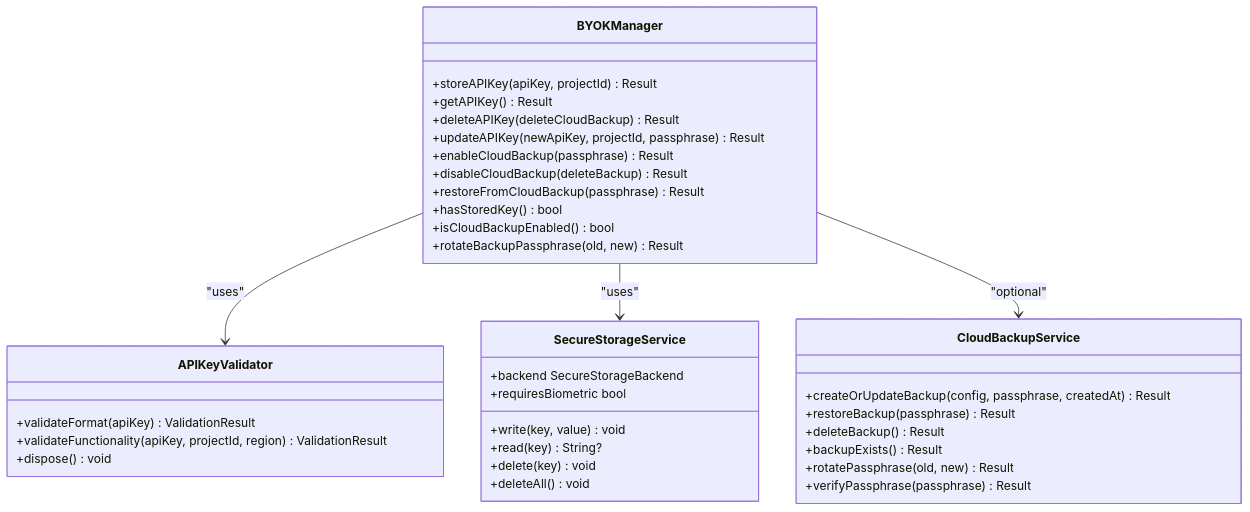
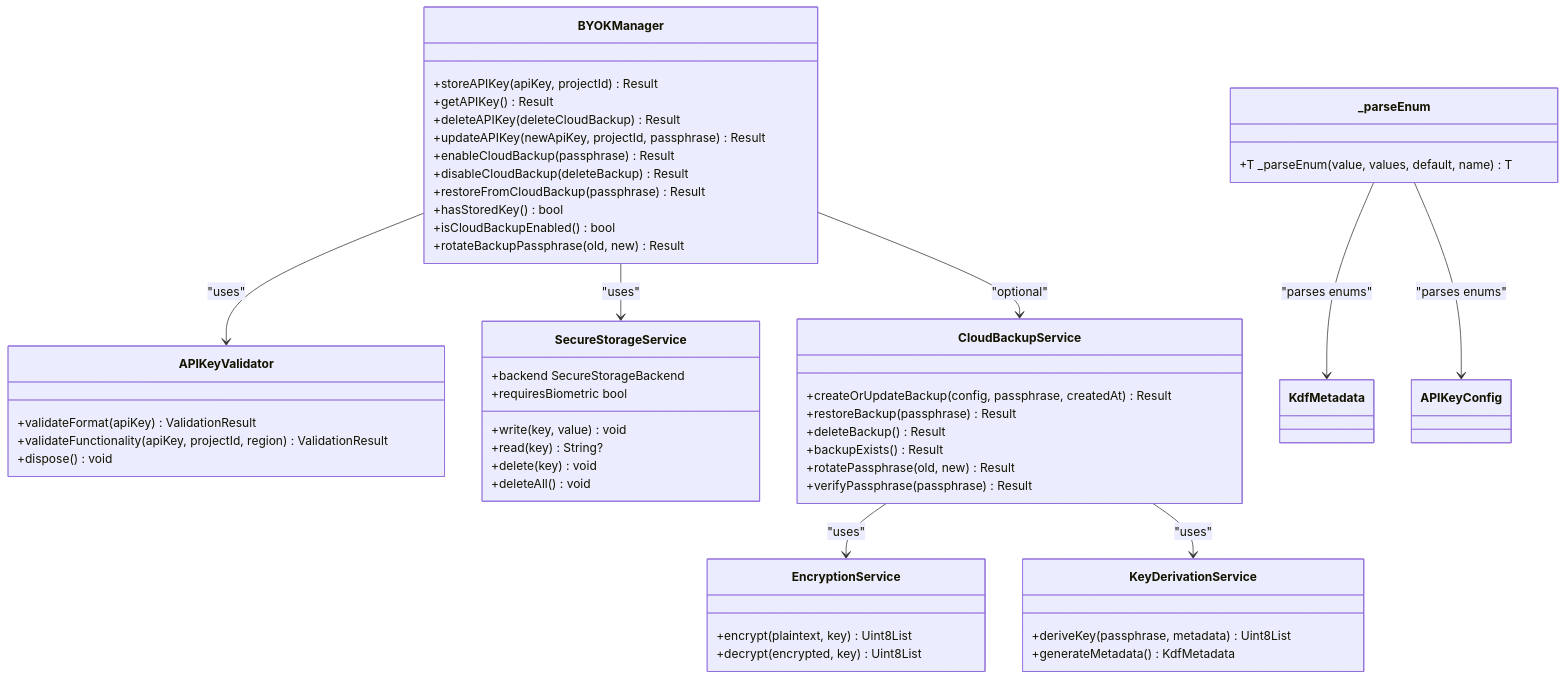
Before and after one commit to JAaron93/StyleSync: the third of 9 diagrams in .qoder/repowiki/en/content/API Reference.md, drawn with Mermaid. The commit also changed other lines of this file and 36 other files, not shown here.

First line of the commit message:
docs(api): adds centralized _parseEnum helper and enhance data model parsing docs

````diff
--- a/.qoder/repowiki/en/content/API Reference.md
+++ b/.qoder/repowiki/en/content/API Reference.md
@@ -372,39 +534,54 @@
 ```mermaid
 classDiagram
 class BYOKManager {
 +storeAPIKey(apiKey, projectId) Result<void>
 +getAPIKey() Result<APIKeyConfig>
 +deleteAPIKey(deleteCloudBackup) Result<void>
 +updateAPIKey(newApiKey, projectId, passphrase) Result<void>
 +enableCloudBackup(passphrase) Result<void>
 +disableCloudBackup(deleteBackup) Result<void>
 +restoreFromCloudBackup(passphrase) Result<APIKeyConfig>
 +hasStoredKey() bool
 +isCloudBackupEnabled() bool
 +rotateBackupPassphrase(old, new) Result<void>
 }
 class APIKeyValidator {
 +validateFormat(apiKey) ValidationResult
 +validateFunctionality(apiKey, projectId, region) ValidationResult
 +dispose() void
 }
 class SecureStorageService {
 +write(key, value) void
 +read(key) String?
 +delete(key) void
 +deleteAll() void
 +backend SecureStorageBackend
 +requiresBiometric bool
 }
 class CloudBackupService {
 +createOrUpdateBackup(config, passphrase, createdAt) Result<void>
 +restoreBackup(passphrase) Result<APIKeyConfig>
 +deleteBackup() Result<void>
 +backupExists() Result<bool>
 +rotatePassphrase(old, new) Result<void>
 +verifyPassphrase(passphrase) Result<bool>
 }
+class EncryptionService {
++encrypt(plaintext, key) Uint8List
++decrypt(encrypted, key) Uint8List
+}
+class KeyDerivationService {
++deriveKey(passphrase, metadata) Uint8List
++generateMetadata() KdfMetadata
+}
+class _parseEnum {
++T _parseEnum(value, values, default, name) T
+}
 BYOKManager --> APIKeyValidator : "uses"
 BYOKManager --> SecureStorageService : "uses"
 BYOKManager --> CloudBackupService : "optional"
+CloudBackupService --> EncryptionService : "uses"
+CloudBackupService --> KeyDerivationService : "uses"
+_parseEnum --> KdfMetadata : "parses enums"
+_parseEnum --> APIKeyConfig : "parses enums"
 ```
````
